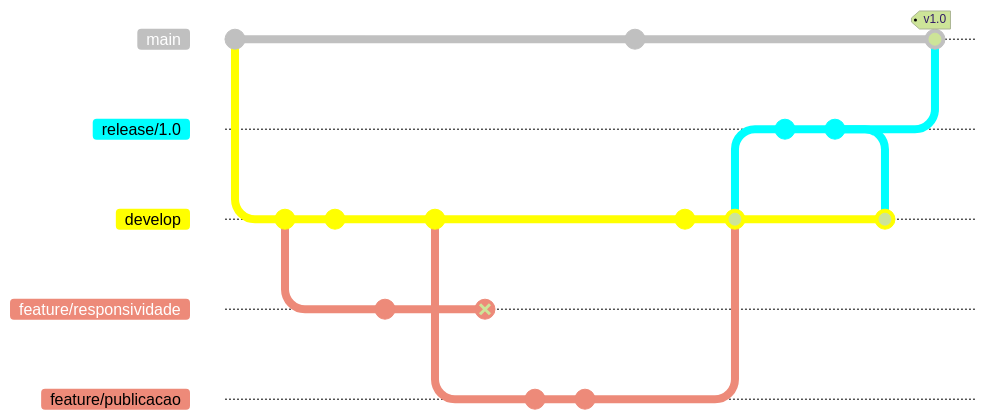
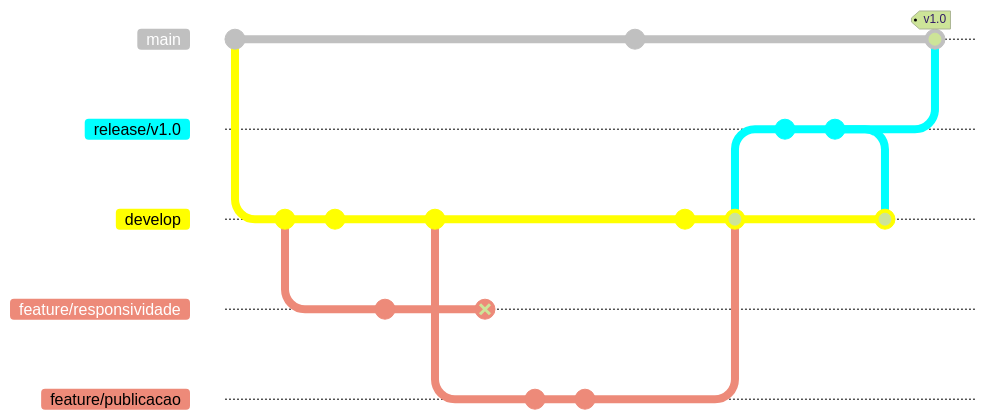
The second of 7 diagrams in GitWorkflow.md (ifmt-esa/documentacao), drawn with Mermaid before and after one commit. The commit also changed other lines of this file, not shown here. Commit ids are hidden.

````diff
--- a/GitWorkflow.md
+++ b/GitWorkflow.md
@@ -71,43 +71,43 @@
 ```mermaid
 %%{init: { 
   'logLevel': 'debug', 
   'theme': 'forest',
   'themeVariables': {
     'git0': '#C0C0C0',
     'git1': '#00ffff',
     'git2': '#ffff00',
     'git3': '#ed8a79',
     'git4': '#ed8a79',
     'tagLabelFontSize': '12px' 
   }
 } }%% 
 gitGraph
   commit
   branch develop order: 3
   commit
   branch feature/responsividade order: 4
   checkout develop
   commit
   checkout feature/responsividade
   commit
   checkout develop
   commit
   checkout feature/responsividade
   commit type:REVERSE id: "Cancelado..."
   checkout develop
   branch feature/publicacao order: 5
   commit
   commit
   checkout main
   commit
   checkout develop
   commit
   merge feature/publicacao
-  branch release/1.0
+  branch release/v1.0
   commit
   commit
   checkout develop
-  merge release/1.0
+  merge release/v1.0
   checkout main
-  merge release/1.0 tag: "v1.0"
+  merge release/v1.0 tag: "v1.0"
 ```
````
